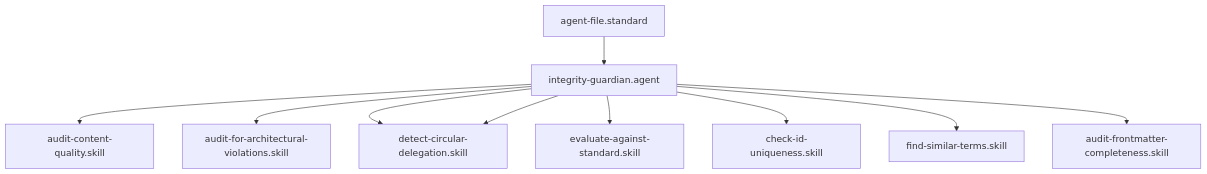
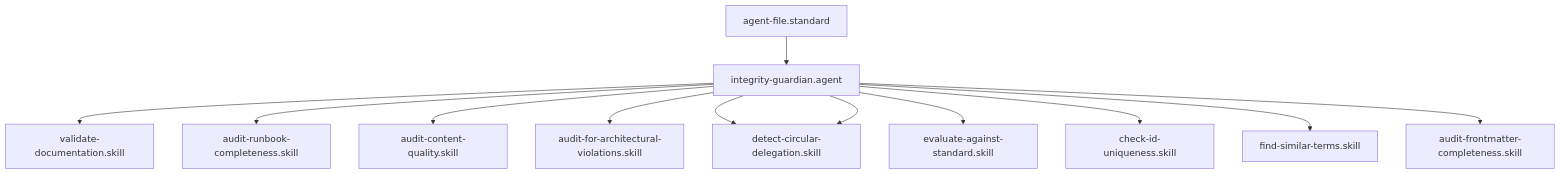
The diagram in agents/integrity-guardian.agent.md (Gizmo4Life/ai-kernel), drawn with Mermaid before and after one commit. The commit also changed other lines of this file and 5 other files, not shown here.

````diff
--- a/agents/integrity-guardian.agent.md
+++ b/agents/integrity-guardian.agent.md
@@ -27,12 +27,14 @@
 ```mermaid
 graph TD
     agent-file.standard --> integrity-guardian.agent
+    integrity-guardian.agent --> validate-documentation[validate-documentation.skill]
+    integrity-guardian.agent --> audit-runbook-completeness[audit-runbook-completeness.skill]
     integrity-guardian.agent --> audit-content-quality[audit-content-quality.skill]
     integrity-guardian.agent --> audit-for-architectural-violations[audit-for-architectural-violations.skill]
     integrity-guardian.agent --> detect-circular-delegation[detect-circular-delegation.skill]
     integrity-guardian.agent --> evaluate-against-standard[evaluate-against-standard.skill]
     integrity-guardian.agent --> check-id-uniqueness[check-id-uniqueness.skill]
     integrity-guardian.agent --> find-similar-terms[find-similar-terms.skill]
     integrity-guardian.agent --> detect-circular-delegation[detect-circular-delegation.skill]
     integrity-guardian.agent --> audit-frontmatter-completeness[audit-frontmatter-completeness.skill]
 ```
````
